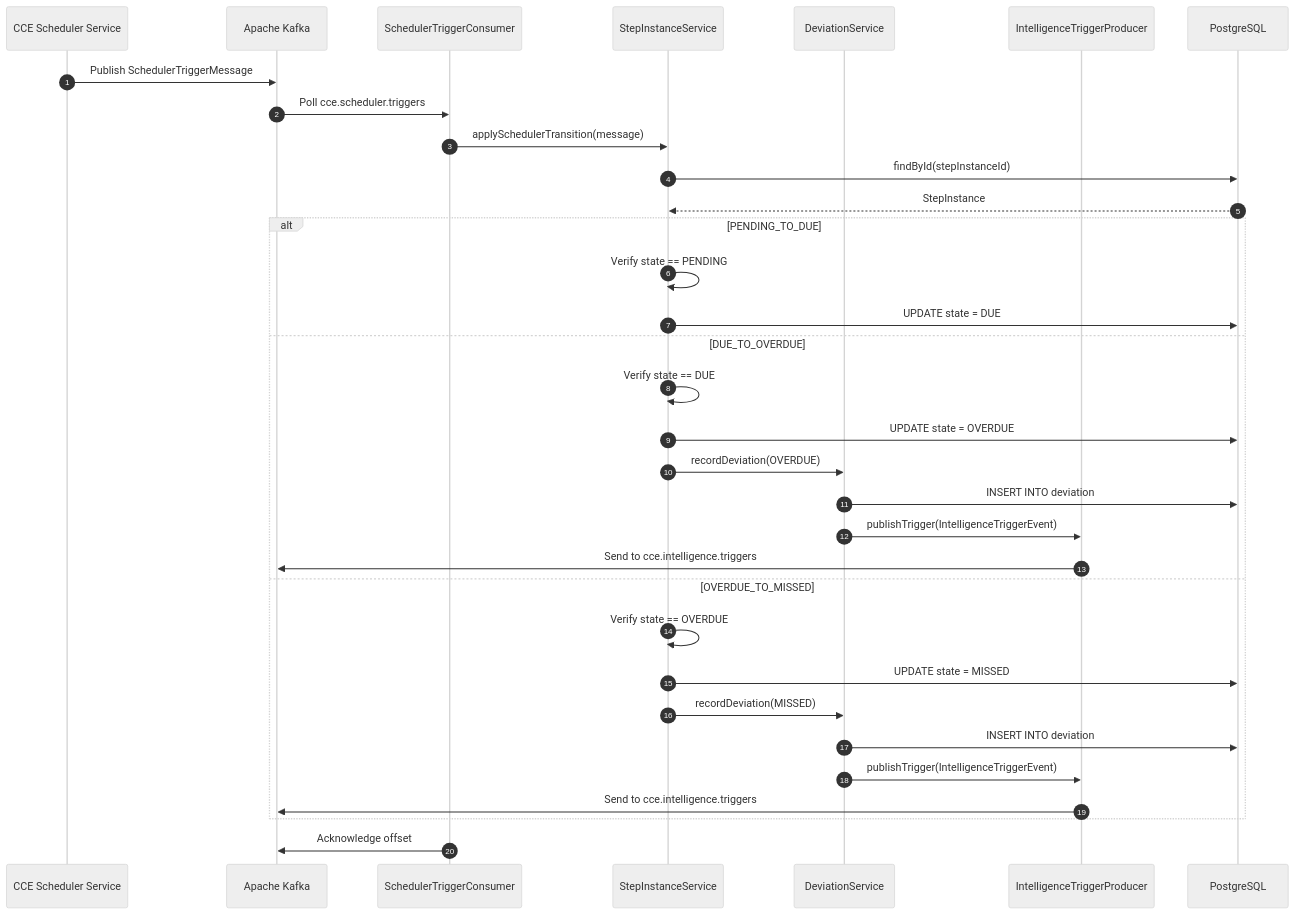
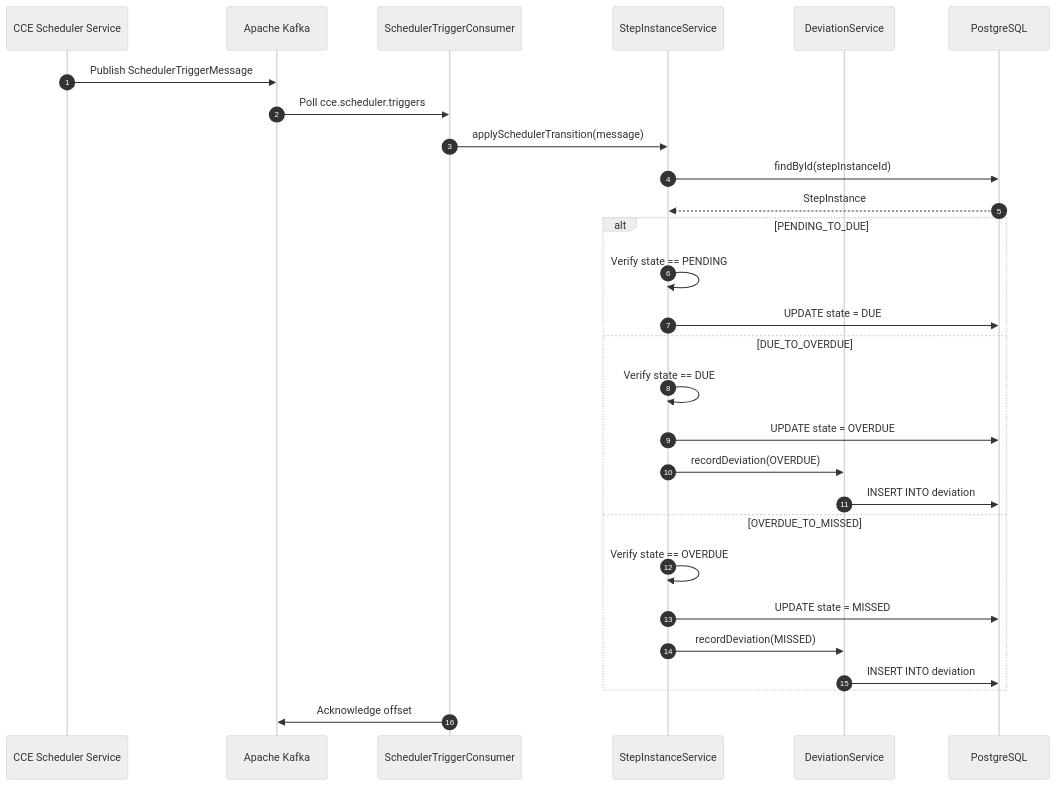
The third of 7 diagrams in docs/flow-diagrams.md (Jayaprakash8887/cce-compliance-service), drawn with Mermaid (neutral theme) before and after one commit. The commit also changed other lines of this file and 9 other files, not shown here.

````diff
--- a/docs/flow-diagrams.md
+++ b/docs/flow-diagrams.md
@@ -187,39 +173,34 @@
 ```mermaid
 sequenceDiagram
     autonumber
     participant Scheduler as CCE Scheduler Service
     participant Kafka as Apache Kafka
     participant Consumer as SchedulerTriggerConsumer
     participant StepSvc as StepInstanceService
     participant DevSvc as DeviationService
-    participant Producer as IntelligenceTriggerProducer
     participant DB as PostgreSQL
 
     Scheduler->>Kafka: Publish SchedulerTriggerMessage
     Kafka->>Consumer: Poll cce.scheduler.triggers
     Consumer->>StepSvc: applySchedulerTransition(message)
 
     StepSvc->>DB: findById(stepInstanceId)
     DB-->>StepSvc: StepInstance
 
     alt PENDING_TO_DUE
         StepSvc->>StepSvc: Verify state == PENDING
         StepSvc->>DB: UPDATE state = DUE
     else DUE_TO_OVERDUE
         StepSvc->>StepSvc: Verify state == DUE
         StepSvc->>DB: UPDATE state = OVERDUE
         StepSvc->>DevSvc: recordDeviation(OVERDUE)
         DevSvc->>DB: INSERT INTO deviation
-        DevSvc->>Producer: publishTrigger(IntelligenceTriggerEvent)
-        Producer->>Kafka: Send to cce.intelligence.triggers
     else OVERDUE_TO_MISSED
         StepSvc->>StepSvc: Verify state == OVERDUE
         StepSvc->>DB: UPDATE state = MISSED
         StepSvc->>DevSvc: recordDeviation(MISSED)
         DevSvc->>DB: INSERT INTO deviation
-        DevSvc->>Producer: publishTrigger(IntelligenceTriggerEvent)
-        Producer->>Kafka: Send to cce.intelligence.triggers
     end
 
     Consumer->>Kafka: Acknowledge offset
 ```
````
